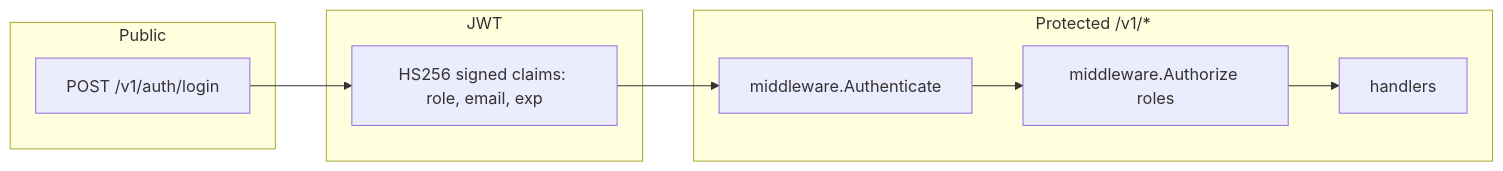
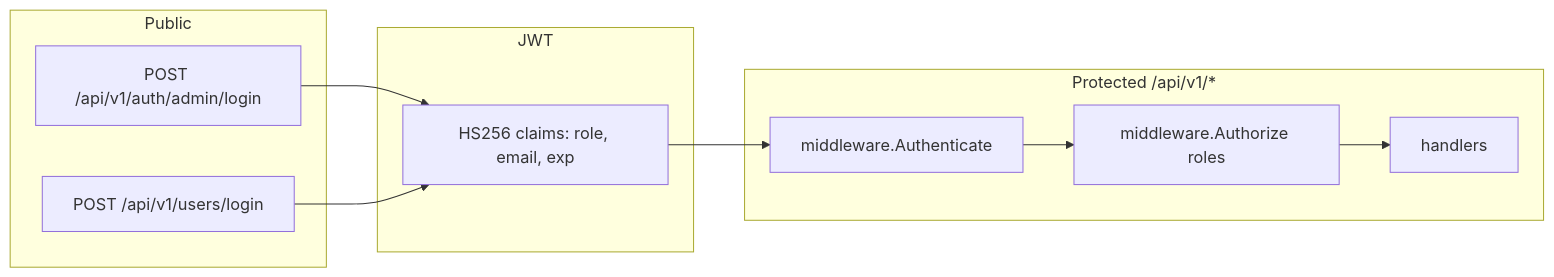
The fifth of 6 diagrams in docs/ARCHITECTURE.md (nuralam24/go-crud-with-fiber), drawn with Mermaid before and after one commit. The commit also changed other lines of this file and 8 other files, not shown here.

Commit message:
Refactor API routes to use `/api/v1` prefix; update Swagger documentation paths and enhance README for clarity on API structure and usage. Improve architecture documentation with detailed descriptions and diagrams for better understanding of system components.

````diff
--- a/docs/ARCHITECTURE.md
+++ b/docs/ARCHITECTURE.md
@@ -163,21 +165,23 @@
 ```mermaid
 flowchart LR
   subgraph login [Public]
-    L[POST /v1/auth/login]
+    A[POST /api/v1/auth/admin/login]
+    U[POST /api/v1/users/login]
   end
 
   subgraph token [JWT]
-    J[HS256 signed claims: role, email, exp]
+    J[HS256 claims: role, email, exp]
   end
 
-  subgraph protected [Protected /v1/*]
-    A[middleware.Authenticate]
+  subgraph protected [Protected /api/v1/*]
+    Auth[middleware.Authenticate]
     Z[middleware.Authorize roles]
     H[handlers]
   end
 
-  L --> J
-  J --> A
-  A --> Z
+  A --> J
+  U --> J
+  J --> Auth
+  Auth --> Z
   Z --> H
 ```
````
